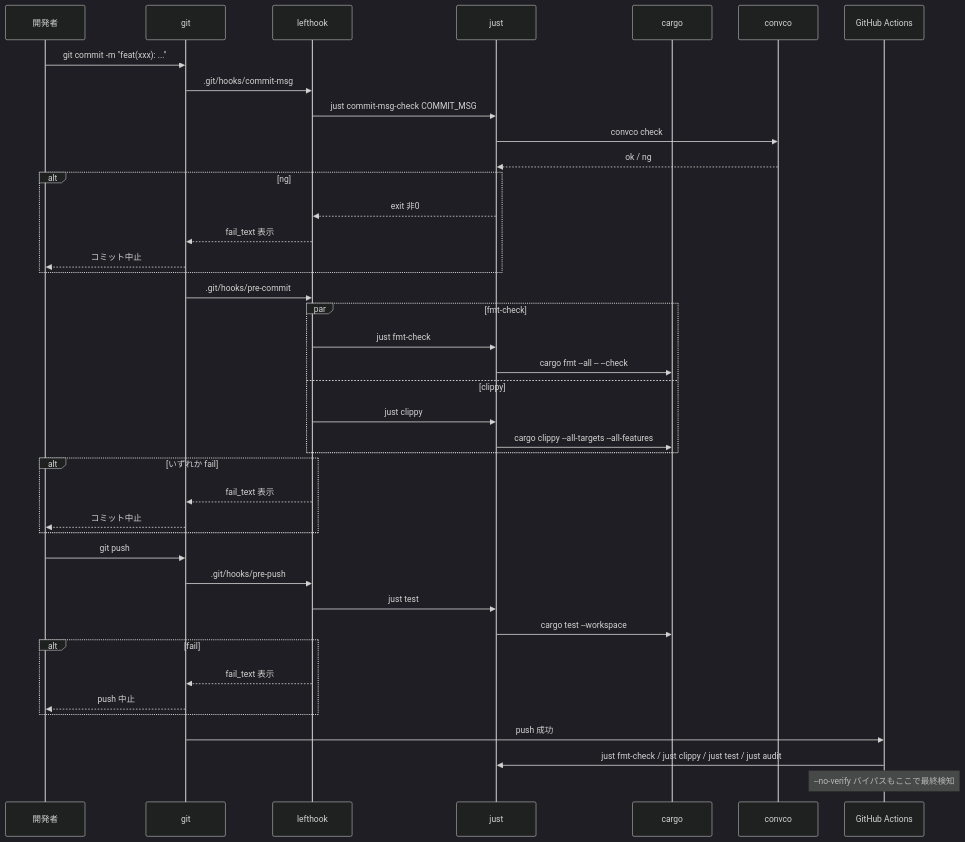
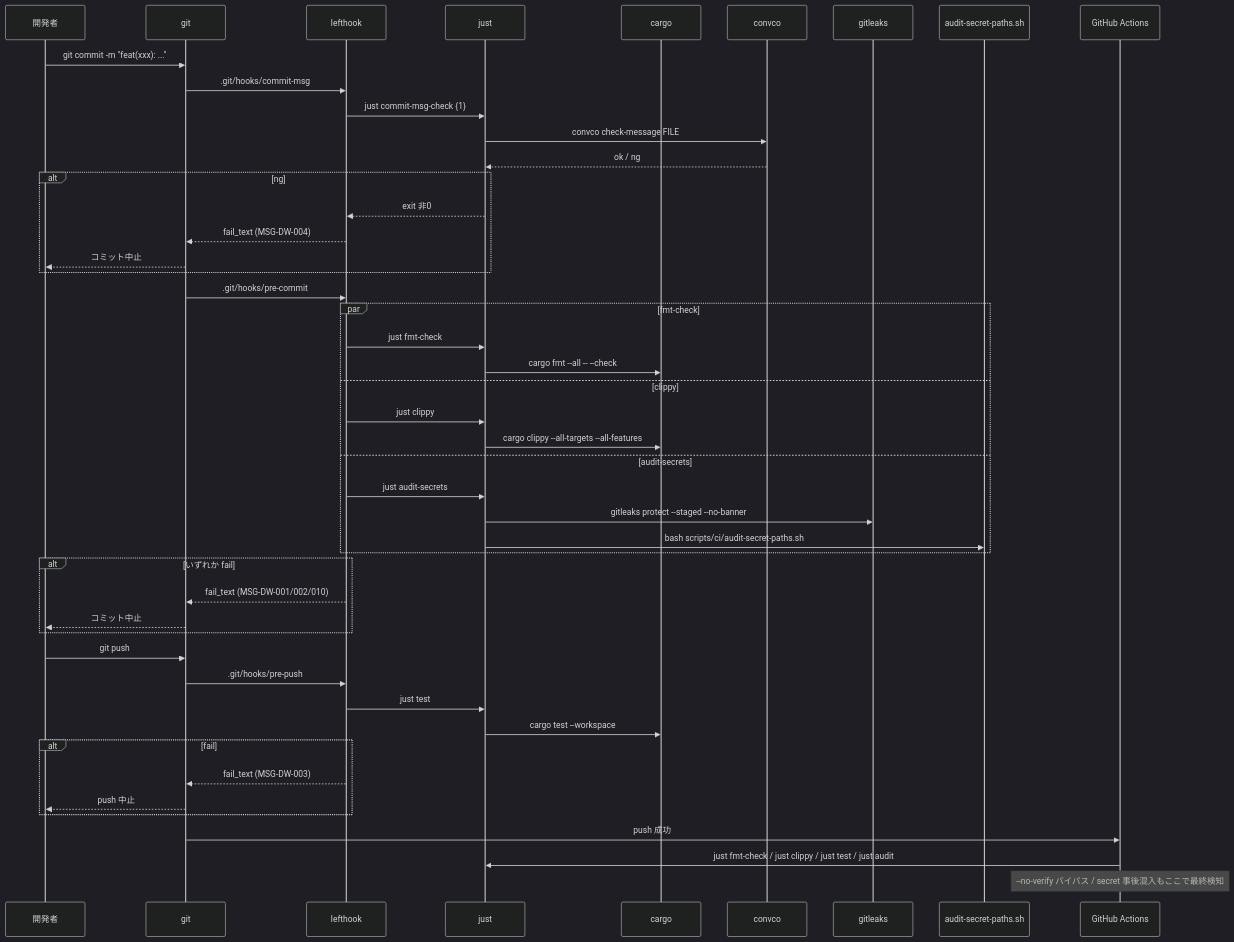
Before and after one commit to shikomi-dev/shikomi: the second of 3 diagrams in docs/features/dev-workflow/basic-design.md, drawn with Mermaid (dark theme). The commit also changed other lines of this file and 4 other files, not shown here.

````diff
--- a/docs/features/dev-workflow/basic-design.md
+++ b/docs/features/dev-workflow/basic-design.md
@@ -144,45 +153,51 @@
 ```mermaid
 sequenceDiagram
     participant Dev as 開発者
     participant Git as git
     participant LH as lefthook
     participant Just as just
     participant Cargo as cargo
     participant Convco as convco
+    participant Leaks as gitleaks
+    participant Audit as audit-secret-paths.sh
     participant GH as GitHub Actions
 
     Dev->>Git: git commit -m "feat(xxx): ..."
     Git->>LH: .git/hooks/commit-msg
-    LH->>Just: just commit-msg-check COMMIT_MSG
-    Just->>Convco: convco check
+    LH->>Just: just commit-msg-check {1}
+    Just->>Convco: convco check-message FILE
     Convco-->>Just: ok / ng
     alt ng
         Just-->>LH: exit 非0
-        LH-->>Git: fail_text 表示
+        LH-->>Git: fail_text (MSG-DW-004)
         Git-->>Dev: コミット中止
     end
     Git->>LH: .git/hooks/pre-commit
     par fmt-check
         LH->>Just: just fmt-check
         Just->>Cargo: cargo fmt --all -- --check
     and clippy
         LH->>Just: just clippy
         Just->>Cargo: cargo clippy --all-targets --all-features
+    and audit-secrets
+        LH->>Just: just audit-secrets
+        Just->>Leaks: gitleaks protect --staged --no-banner
+        Just->>Audit: bash scripts/ci/audit-secret-paths.sh
     end
     alt いずれか fail
-        LH-->>Git: fail_text 表示
+        LH-->>Git: fail_text (MSG-DW-001/002/010)
         Git-->>Dev: コミット中止
     end
 
     Dev->>Git: git push
     Git->>LH: .git/hooks/pre-push
     LH->>Just: just test
     Just->>Cargo: cargo test --workspace
     alt fail
-        LH-->>Git: fail_text 表示
+        LH-->>Git: fail_text (MSG-DW-003)
         Git-->>Dev: push 中止
     end
     Git->>GH: push 成功
     GH->>Just: just fmt-check / just clippy / just test / just audit
-    Note over GH: --no-verify バイパスもここで最終検知
+    Note over GH: --no-verify バイパス / secret 事後混入もここで最終検知
 ```
````
